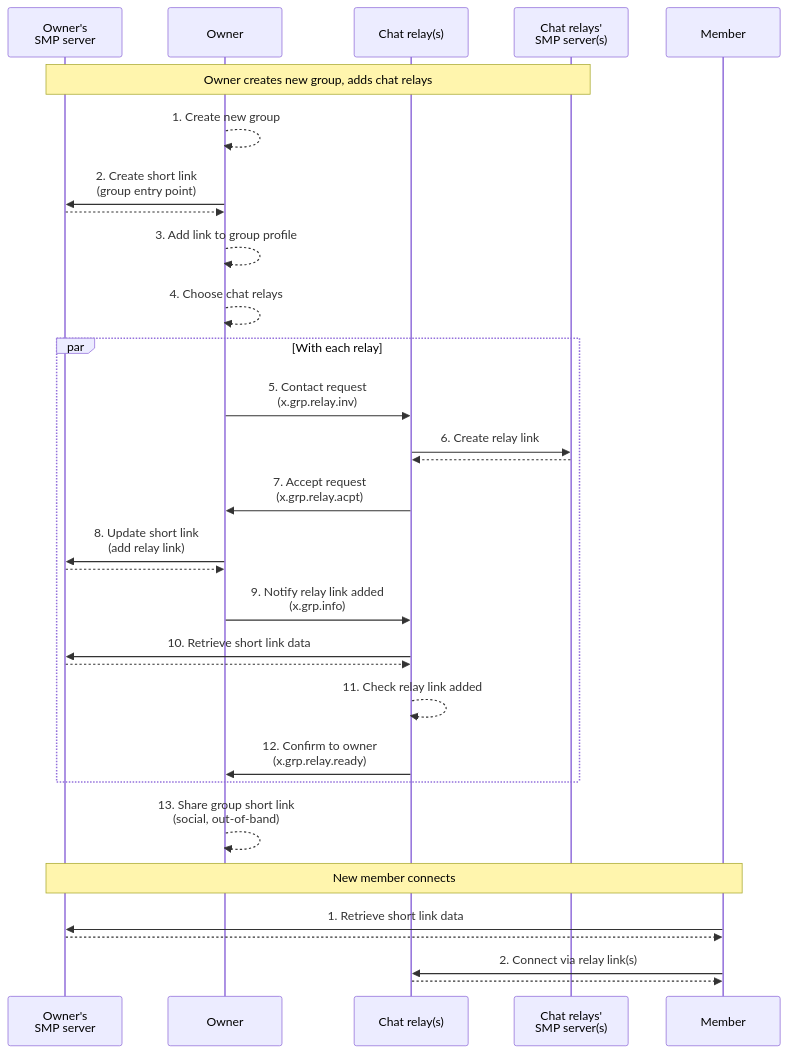
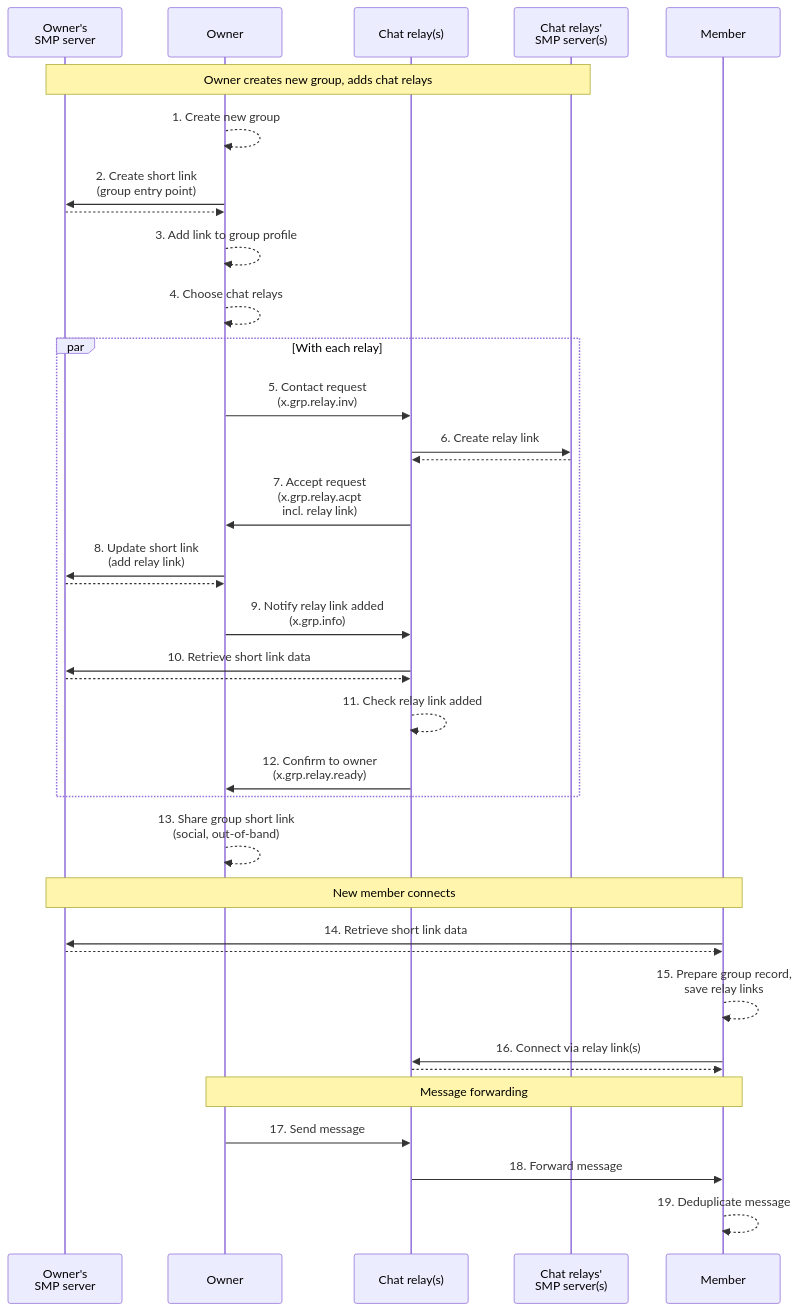
One commit to simplex-chat/simplex-chat changed the first of 2 diagrams in docs/rfcs/2025-10-20-chat-relays.md. Above: the diagram before and after it, drawn with Mermaid. The commit also changed other lines of this file, not shown here.

````diff
--- a/docs/rfcs/2025-10-20-chat-relays.md
+++ b/docs/rfcs/2025-10-20-chat-relays.md
@@ -5,37 +5,44 @@
 ```mermaid
 sequenceDiagram
   participant OSMP as Owner's<br>SMP server
   participant O as Owner
   participant R as Chat relay(s)
   participant RSMP as Chat relays'<br>SMP server(s)
   participant M as Member
 
 note over OSMP, RSMP: Owner creates new group, adds chat relays
 
 O -->> O: 1. Create new group
 O ->> OSMP: 2. Create short link<br>(group entry point)
 OSMP -->> O:
 O -->> O: 3. Add link to group profile
 O -->> O: 4. Choose chat relays
 par With each relay
     O ->> R: 5. Contact request<br>(x.grp.relay.inv)
     R ->> RSMP: 6. Create relay link
     RSMP -->> R:
-    R ->> O: 7. Accept request<br>(x.grp.relay.acpt)
+    R ->> O: 7. Accept request<br>(x.grp.relay.acpt<br>incl. relay link)
     O ->> OSMP: 8. Update short link<br>(add relay link)
     OSMP -->> O:
     O ->> R: 9. Notify relay link added<br>(x.grp.info)
     R ->> OSMP: 10. Retrieve short link data
     OSMP -->> R:
     R -->> R: 11. Check relay link added
     R ->> O: 12. Confirm to owner<br>(x.grp.relay.ready)
 end
 O -->> O: 13. Share group short link<br>(social, out-of-band)
 
 note over OSMP, M: New member connects
 
-M ->> OSMP: 1. Retrieve short link data
+M ->> OSMP: 14. Retrieve short link data
 OSMP -->> M:
-M ->> R: 2. Connect via relay link(s)
+M -->> M: 15. Prepare group record,<br>save relay links
+M ->> R: 16. Connect via relay link(s)
 R -->> M:
+
+note over O, M: Message forwarding
+
+O ->> R: 17. Send message
+R ->> M: 18. Forward message
+M -->> M: 19. Deduplicate message
 ```
````
